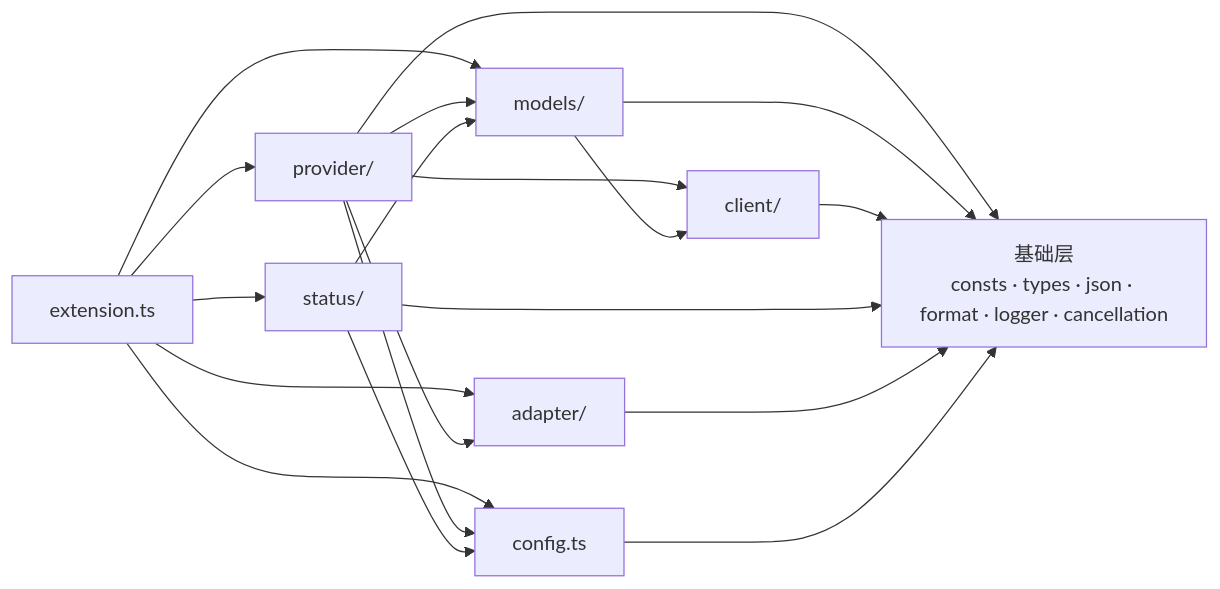
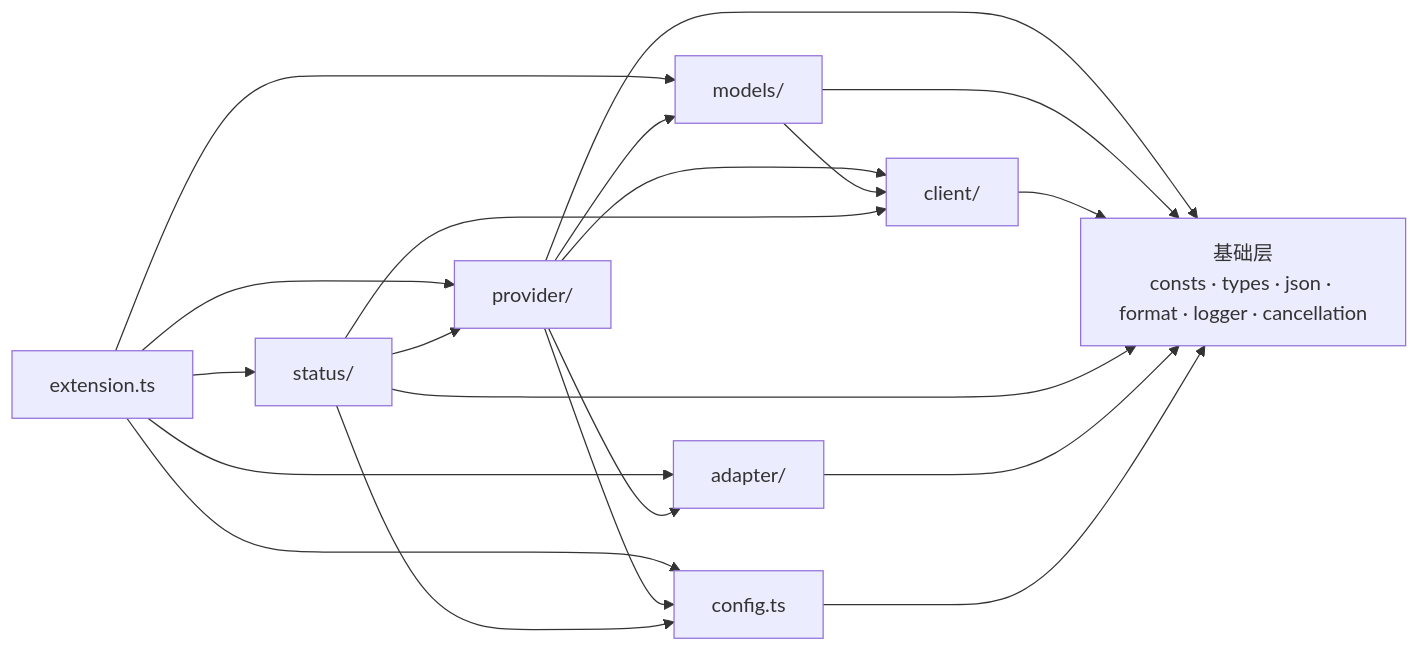
Before and after one commit to zephyraluco/newapi-copilot-chat: the fifth of 5 diagrams in docs/ARCHITECTURE.md, drawn with Mermaid. The commit also changed other lines of this file and 20 other files, not shown here.

````diff
--- a/docs/ARCHITECTURE.md
+++ b/docs/ARCHITECTURE.md
@@ -115,30 +252,31 @@
 ```mermaid
 flowchart LR
     ext["extension.ts"]
     provider["provider/"]
     models["models/"]
     client["client/"]
     adapter["adapter/"]
     status["status/"]
     config["config.ts"]
     base["基础层<br/>consts · types · json · format · logger · cancellation"]
 
     ext --> provider
     ext --> status
     ext --> adapter
     ext --> config
     ext --> models
     provider --> models
     provider --> client
     provider --> adapter
     provider --> config
     models --> client
-    status --> models
+    status --> client
+    status --> provider
     status --> config
     provider --> base
     models --> base
     client --> base
     status --> base
     adapter --> base
     config --> base
 ```
````
